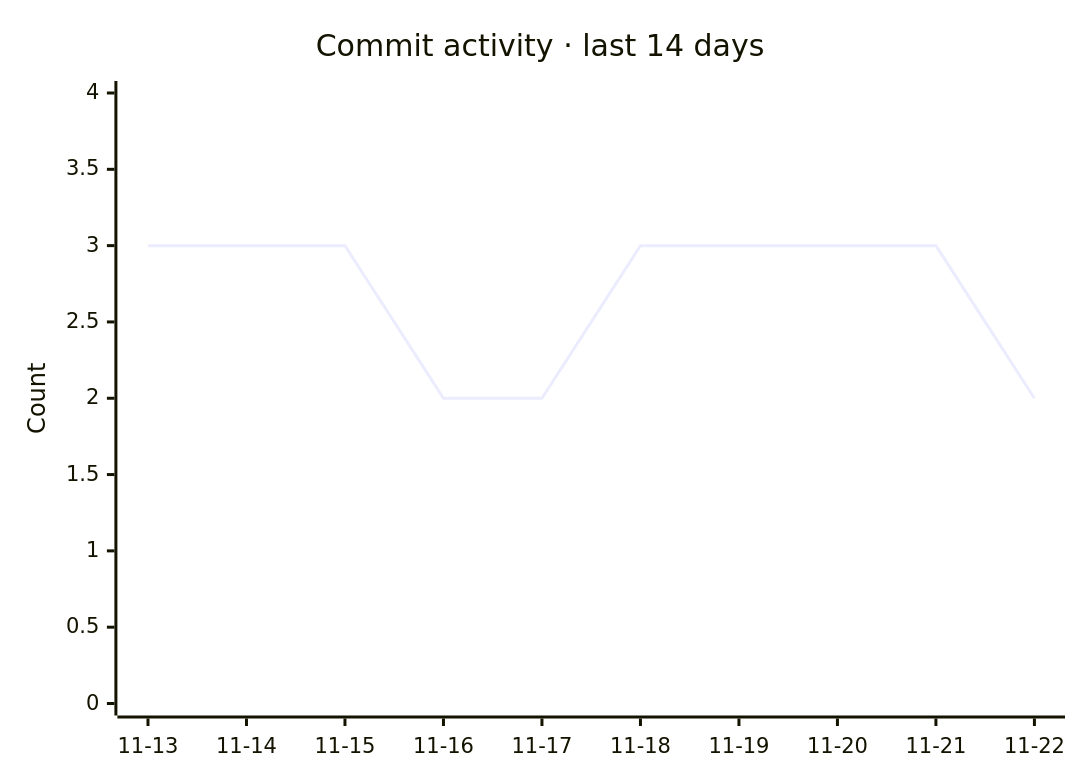
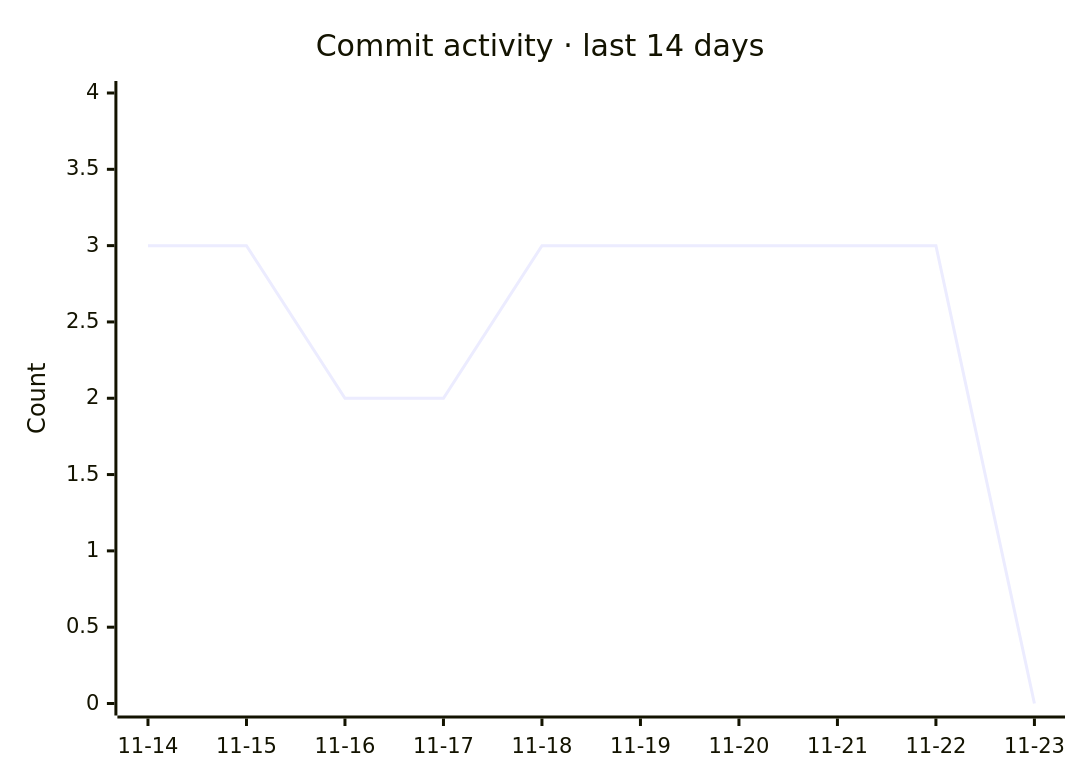
The second of 2 diagrams in README.md (razzaqinspires/whiskay-bot), drawn with Mermaid before and after one commit. The commit also changed other lines of this file and 2 other files, not shown here.

Commit message:
chore(metrics): refresh GitHub traffic and update timestamp [skip ci]

````diff
--- a/README.md
+++ b/README.md
@@ -329,7 +329,7 @@
 ```mermaid
 xychart-beta
     title "Commit activity · last 14 days"
-    x-axis ["11-13", "11-14", "11-15", "11-16", "11-17", "11-18", "11-19", "11-20", "11-21", "11-22"]
+    x-axis ["11-14", "11-15", "11-16", "11-17", "11-18", "11-19", "11-20", "11-21", "11-22", "11-23"]
     y-axis "Count" 0 --> 4
-    line [3, 3, 3, 2, 2, 3, 3, 3, 3, 2]
+    line [3, 3, 2, 2, 3, 3, 3, 3, 3, 0]
 ```
````
